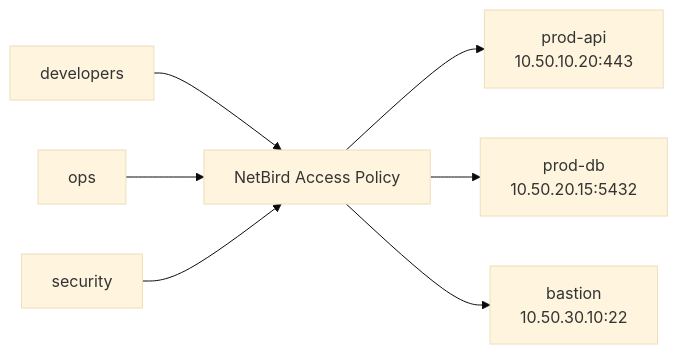
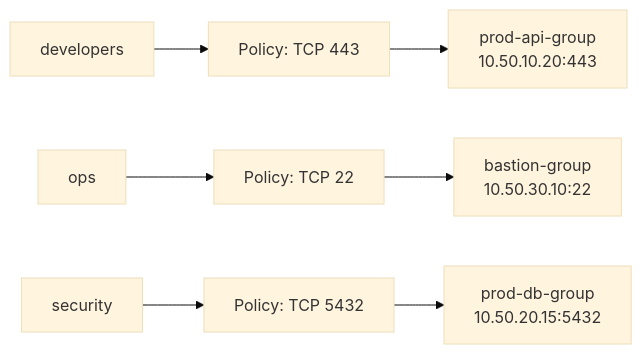
One commit to seaworld008/netbird-vpn changed the first of 2 diagrams in docs/cases/06-official-advanced-scenarios.md. Above: the diagram before and after it, drawn with Mermaid (base theme). The commit also changed other lines of this file and 14 other files, not shown here.

````diff
--- a/docs/cases/06-official-advanced-scenarios.md
+++ b/docs/cases/06-official-advanced-scenarios.md
@@ -10,9 +28,9 @@
 ```mermaid
 flowchart LR
-    DEV["developers"] --> ACL["NetBird Access Policy"]
-    OPS["ops"] --> ACL
-    SEC["security"] --> ACL
-    ACL --> APP["prod-api\n10.50.10.20:443"]
-    ACL --> DB["prod-db\n10.50.20.15:5432"]
-    ACL --> SSH["bastion\n10.50.30.10:22"]
+    DEV["developers"] --> P1["Policy: TCP 443"]
+    OPS["ops"] --> P2["Policy: TCP 22"]
+    SEC["security"] --> P3["Policy: TCP 5432"]
+    P1 --> API["prod-api-group\n10.50.10.20:443"]
+    P2 --> SSH["bastion-group\n10.50.30.10:22"]
+    P3 --> DB["prod-db-group\n10.50.20.15:5432"]
 ```
````
